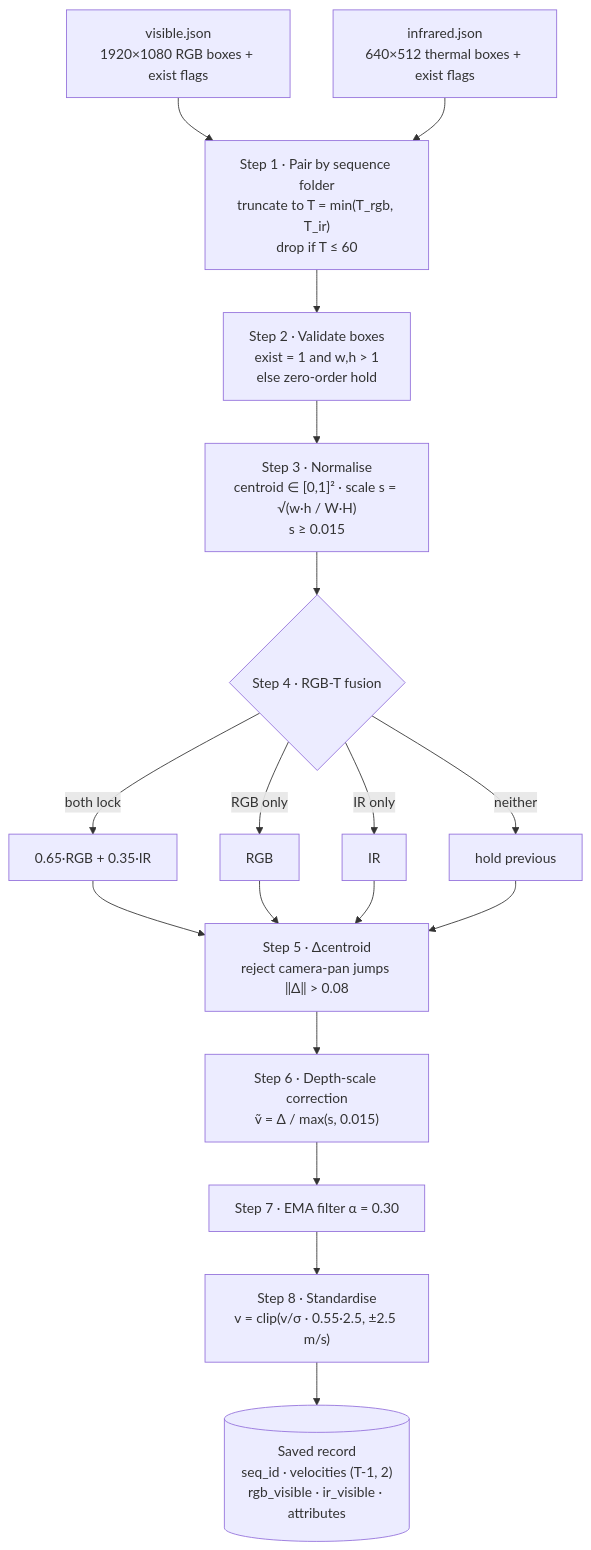
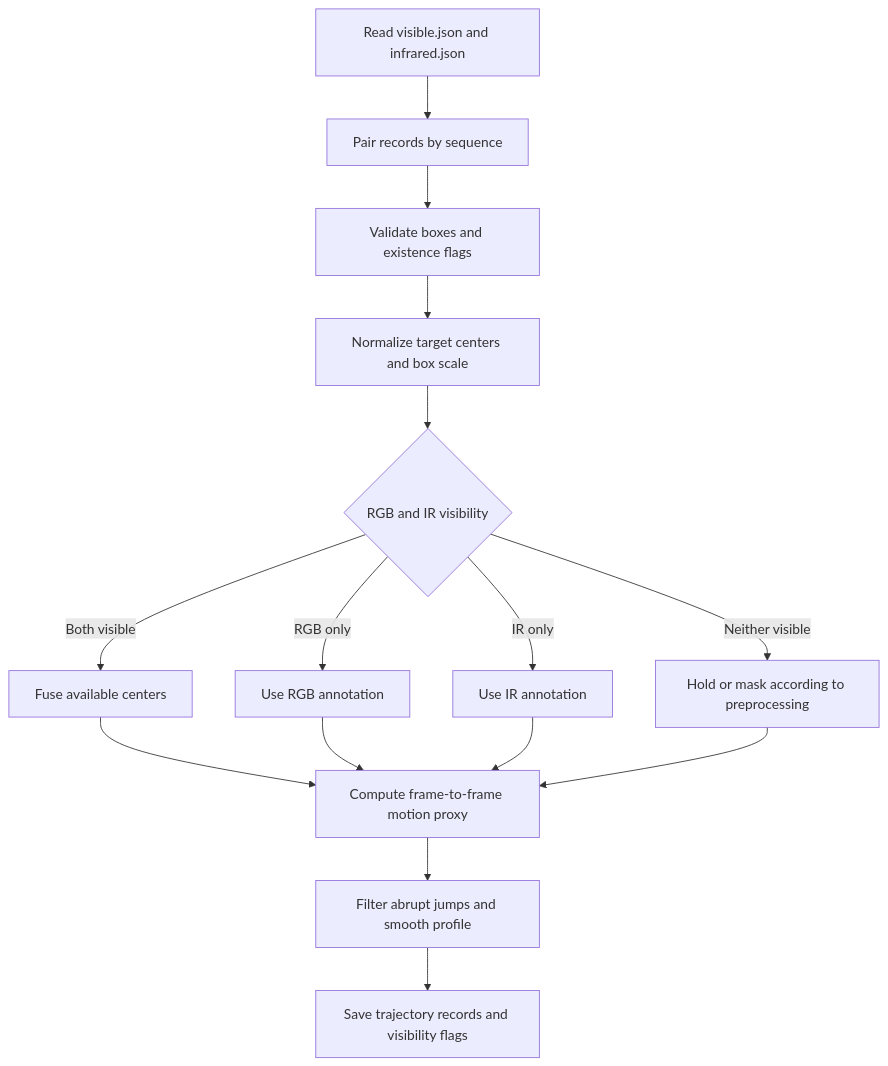
The third of 11 diagrams in Readme.md (vVIBHORj/swarm-uav-tracking-mappo), drawn with Mermaid before and after one commit. The commit also changed other lines of this file, not shown here.

Commit message:
docs: update Readme.md with detailed project overview, diagrams, and benchmark analysis

````diff
--- a/Readme.md
+++ b/Readme.md
@@ -234,18 +177,17 @@
 ```mermaid
 flowchart TD
-    A["visible.json<br/>1920×1080 RGB boxes + exist flags"] --> C
-    B["infrared.json<br/>640×512 thermal boxes + exist flags"] --> C
-    C["Step 1 · Pair by sequence folder<br/>truncate to T = min(T_rgb, T_ir)<br/>drop if T ≤ 60"] --> D
-    D["Step 2 · Validate boxes<br/>exist = 1 and w,h > 1<br/>else zero-order hold"] --> E
-    E["Step 3 · Normalise<br/>centroid ∈ [0,1]² · scale s = √(w·h / W·H)<br/>s ≥ 0.015"] --> F
-    F{"Step 4 · RGB-T fusion"}
-    F -- "both lock" --> G1["0.65·RGB + 0.35·IR"]
-    F -- "RGB only" --> G2["RGB"]
-    F -- "IR only" --> G3["IR"]
-    F -- "neither" --> G4["hold previous"]
-    G1 & G2 & G3 & G4 --> H["Step 5 · Δcentroid<br/>reject camera-pan jumps ‖Δ‖ > 0.08"]
-    H --> I["Step 6 · Depth-scale correction<br/>ṽ = Δ / max(s, 0.015)"]
-    I --> J["Step 7 · EMA filter α = 0.30"]
-    J --> K["Step 8 · Standardise<br/>v = clip(v/σ · 0.55·2.5, ±2.5 m/s)"]
-    K --> L[("Saved record<br/>seq_id · velocities (T-1, 2)<br/>rgb_visible · ir_visible · attributes")]
+    A["Read visible.json and infrared.json"] --> B["Pair records by sequence"]
+    B --> C["Validate boxes and existence flags"]
+    C --> D["Normalize target centers and box scale"]
+    D --> E{"RGB and IR visibility"}
+    E -->|Both visible| F["Fuse available centers"]
+    E -->|RGB only| G["Use RGB annotation"]
+    E -->|IR only| H["Use IR annotation"]
+    E -->|Neither visible| I["Hold or mask according to preprocessing"]
+    F --> J["Compute frame-to-frame motion proxy"]
+    G --> J
+    H --> J
+    I --> J
+    J --> K["Filter abrupt jumps and smooth profile"]
+    K --> L["Save trajectory records and visibility flags"]
 ```
````
